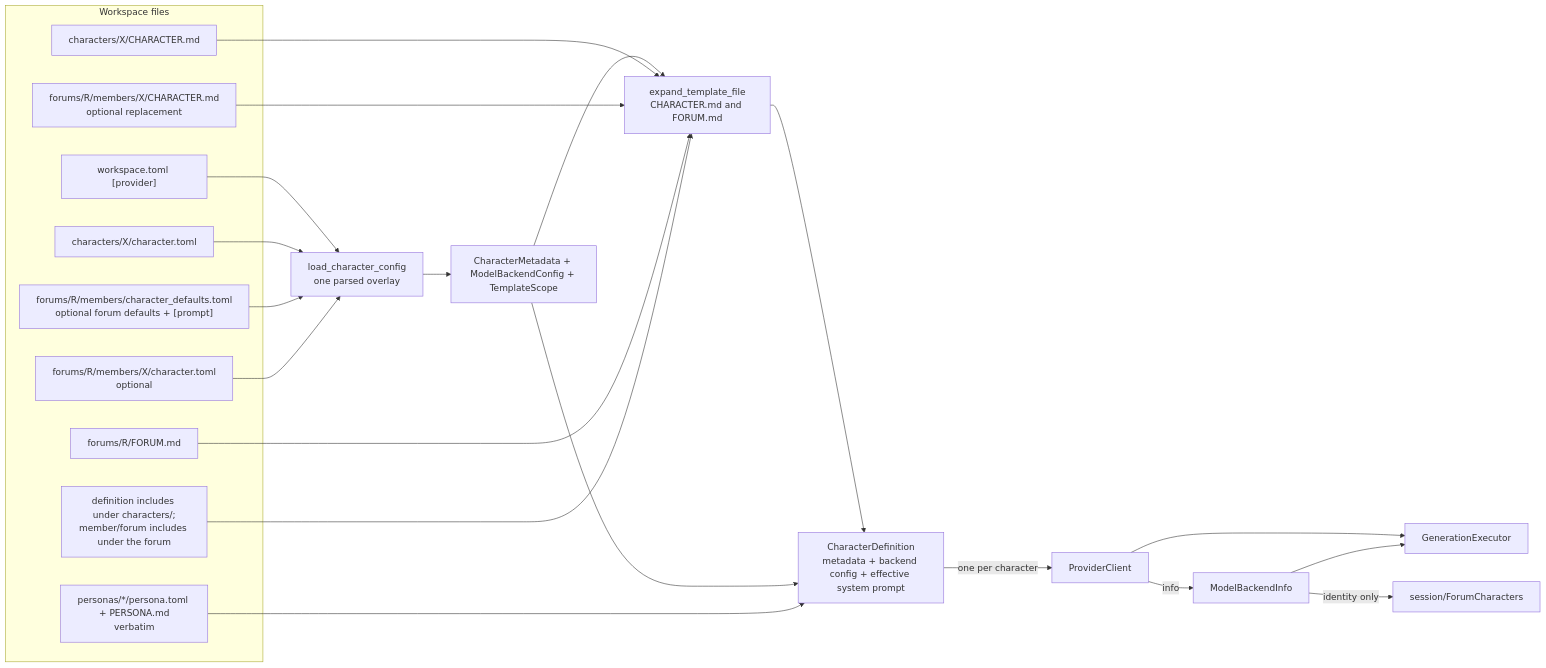
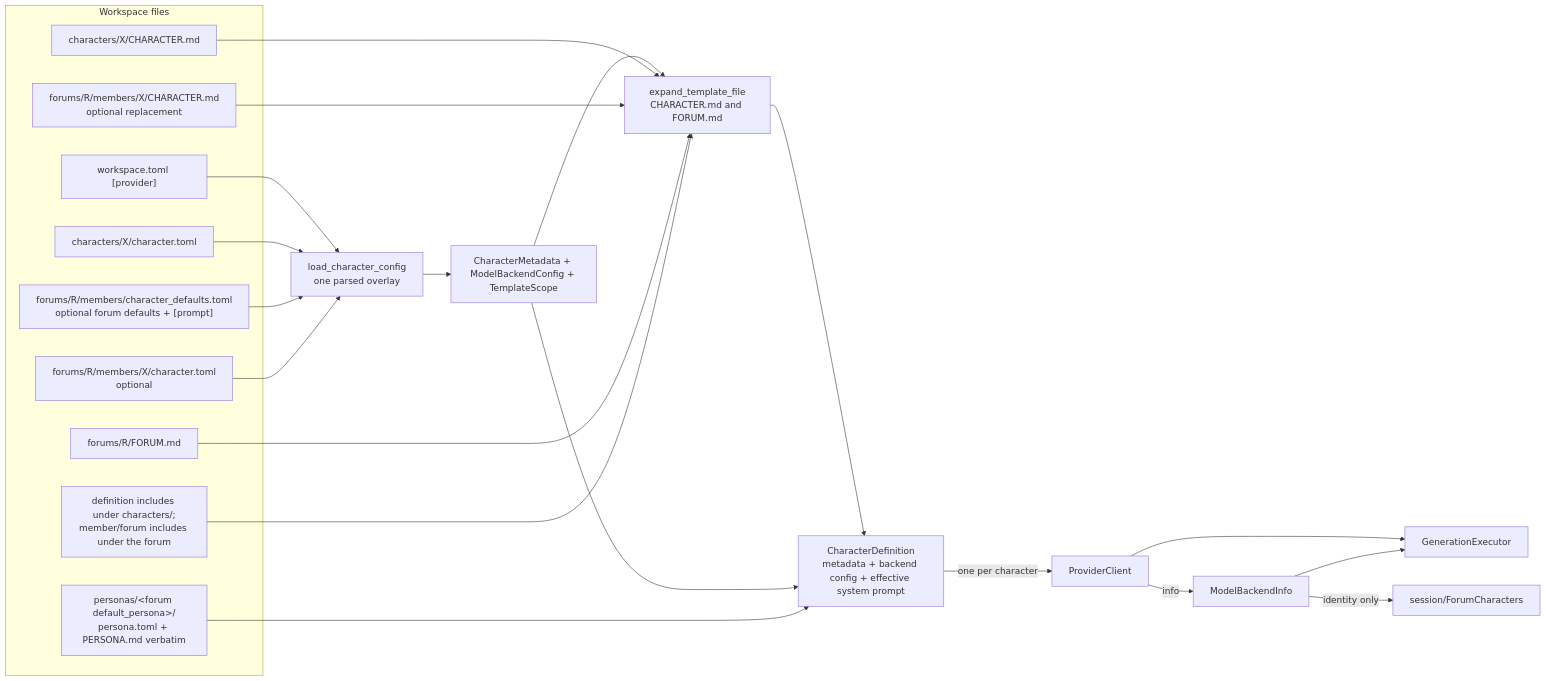
The first of 4 diagrams in src/agents/README.md (michaelpopov/cha), drawn with Mermaid before and after one commit. The commit also changed other lines of this file and 51 other files, not shown here.

Commit message:
Making persona forum level

````diff
--- a/src/agents/README.md
+++ b/src/agents/README.md
@@ -28,33 +28,33 @@
 ```mermaid
 flowchart LR
     subgraph disk["Workspace files"]
         app_cfg["workspace.toml [provider]"]
         definition_cfg["characters/X/character.toml"]
         definition_prompt["characters/X/CHARACTER.md"]
         base["forums/R/members/character_defaults.toml<br/>optional forum defaults + [prompt]"]
         member_cfg["forums/R/members/X/character.toml<br/>optional"]
         member_prompt["forums/R/members/X/CHARACTER.md<br/>optional replacement"]
         usr["forums/R/FORUM.md"]
-        roster["personas/*/persona.toml + PERSONA.md<br/>verbatim"]
+        roster["personas/&lt;forum default_persona&gt;/<br/>persona.toml + PERSONA.md verbatim"]
         shared["definition includes under characters/;<br/>member/forum includes under the forum"]
     end
 
     app_cfg --> load["load_character_config<br/>one parsed overlay"]
     definition_cfg --> load
     base --> load
     member_cfg --> load
     load --> conf["CharacterMetadata + ModelBackendConfig + TemplateScope"]
     conf --> expand["expand_template_file<br/>CHARACTER.md and FORUM.md"]
     definition_prompt --> expand
     member_prompt --> expand
     usr --> expand
     shared --> expand
     expand --> def["CharacterDefinition<br/>metadata + backend config + effective system prompt"]
     conf --> def
     roster --> def
     def -->|"one per character"| client["ProviderClient"]
     client --> executor["GenerationExecutor"]
     client -->|"info"| runtime["ModelBackendInfo"]
     runtime --> executor
     runtime -->|"identity only"| characters["session/ForumCharacters"]
 ```
````
